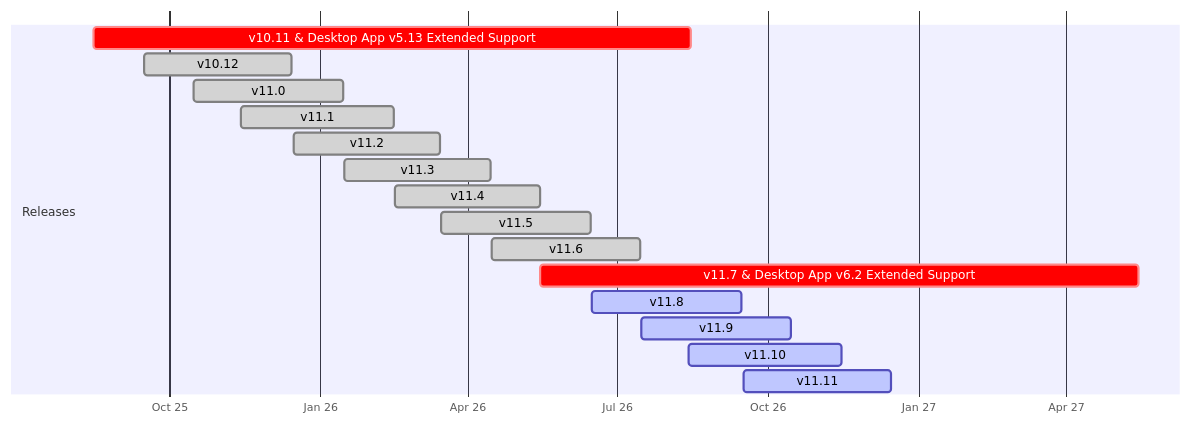
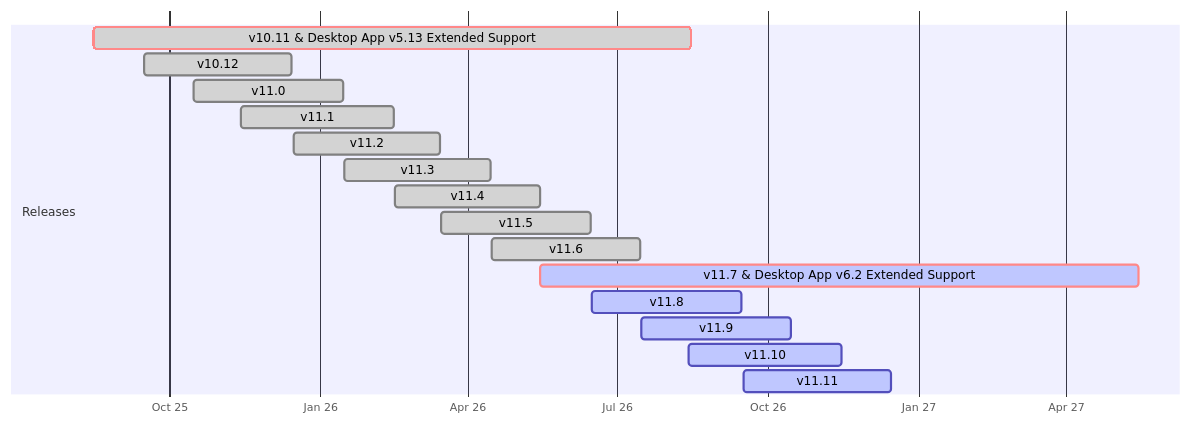
One commit to mattermost/docs changed the diagram in source/product-overview/release-policy.md. Above: the diagram before and after it, drawn with Mermaid.

Commit message:
Add status tags to ESR rows in release policy gantt chart
The two Extended Support Release rows in the release policy timeline
carried only a `crit` tag and their dates, with no `done`/`active`
status. Consumers that read the chart to determine which releases are
still supported treat an untagged row as supported, which is why the
cherry-pick automation kept targeting release-10.11 after that ESR
reached end of life on 2026-08-15.

Tag both ESR rows:
- v10.11 & Desktop App v5.13 -> `crit, done` (support ended 2026-08-15)
- v11.7 & Desktop App v6.2 -> `crit, active` (supported to 2027-05-15)

Note the tags are bare keywords. In Mermaid only the first colon
separates the task name from its data, so a second colon (`:crit,
:done,`) fails the tag regex and the token is consumed as the task id
instead, leaving the row untagged and unchanged in the rendered chart.
Both rows keep `crit` so they still render as red ESR bars per the
timeline legend.

Claude-Session: https://claude.ai/code/session_01Vb9NiCSQmQrk1syZGQMwhT

````diff
--- a/source/product-overview/release-policy.md
+++ b/source/product-overview/release-policy.md
@@ -44,22 +44,22 @@
 ```{mermaid}
 
 gantt
     dateFormat  YYYY-MM-DD
     axisFormat  %b %y
 
     section Releases
-    v10.11 & Desktop App v5.13 Extended Support :crit,    2025-08-16, 2026-08-15
+    v10.11 & Desktop App v5.13 Extended Support :crit, done, 2025-08-16, 2026-08-15
     v10.12                 :done, 2025-09-16, 2025-12-15
     v11.0                  :done, 2025-10-16, 2026-01-15
     v11.1                  :done, 2025-11-14, 2026-02-15
     v11.2                  :done, 2025-12-16, 2026-03-15
     v11.3                  :done, 2026-01-16, 2026-04-15
     v11.4                  :done, 2026-02-16, 2026-05-15
     v11.5                  :done, 2026-03-16, 2026-06-15
     v11.6                  :done, 2026-04-16, 2026-07-15
-    v11.7 & Desktop App v6.2 Extended Support :crit,    2026-05-15, 2027-05-15
+    v11.7 & Desktop App v6.2 Extended Support :crit, active, 2026-05-15, 2027-05-15
     v11.8                  :active, 2026-06-16, 2026-09-15
     v11.9                  :active, 2026-07-16, 2026-10-15
     v11.10                 :active, 2026-08-14, 2026-11-15
     v11.11                 :active, 2026-09-16, 2026-12-15
 ```
````
